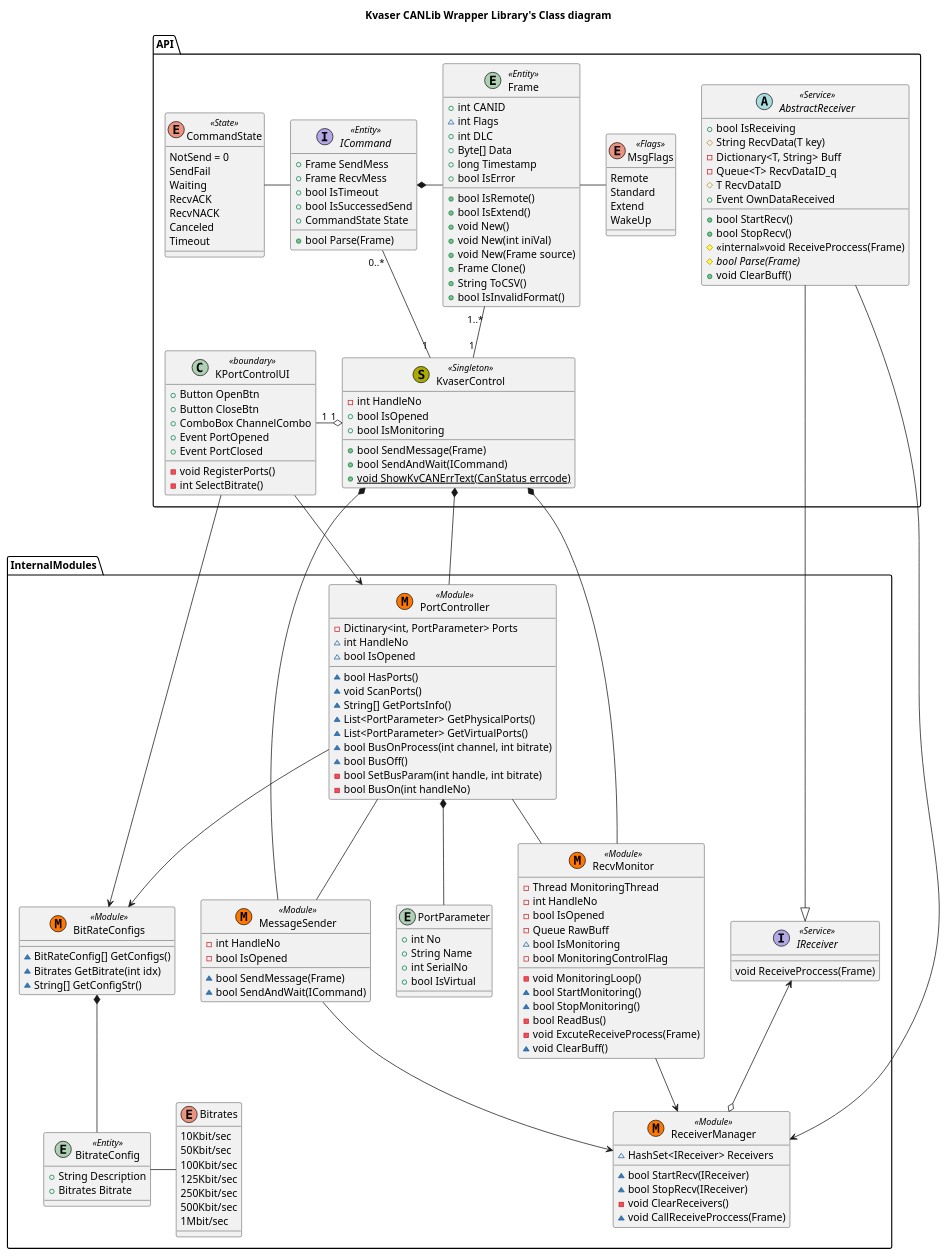
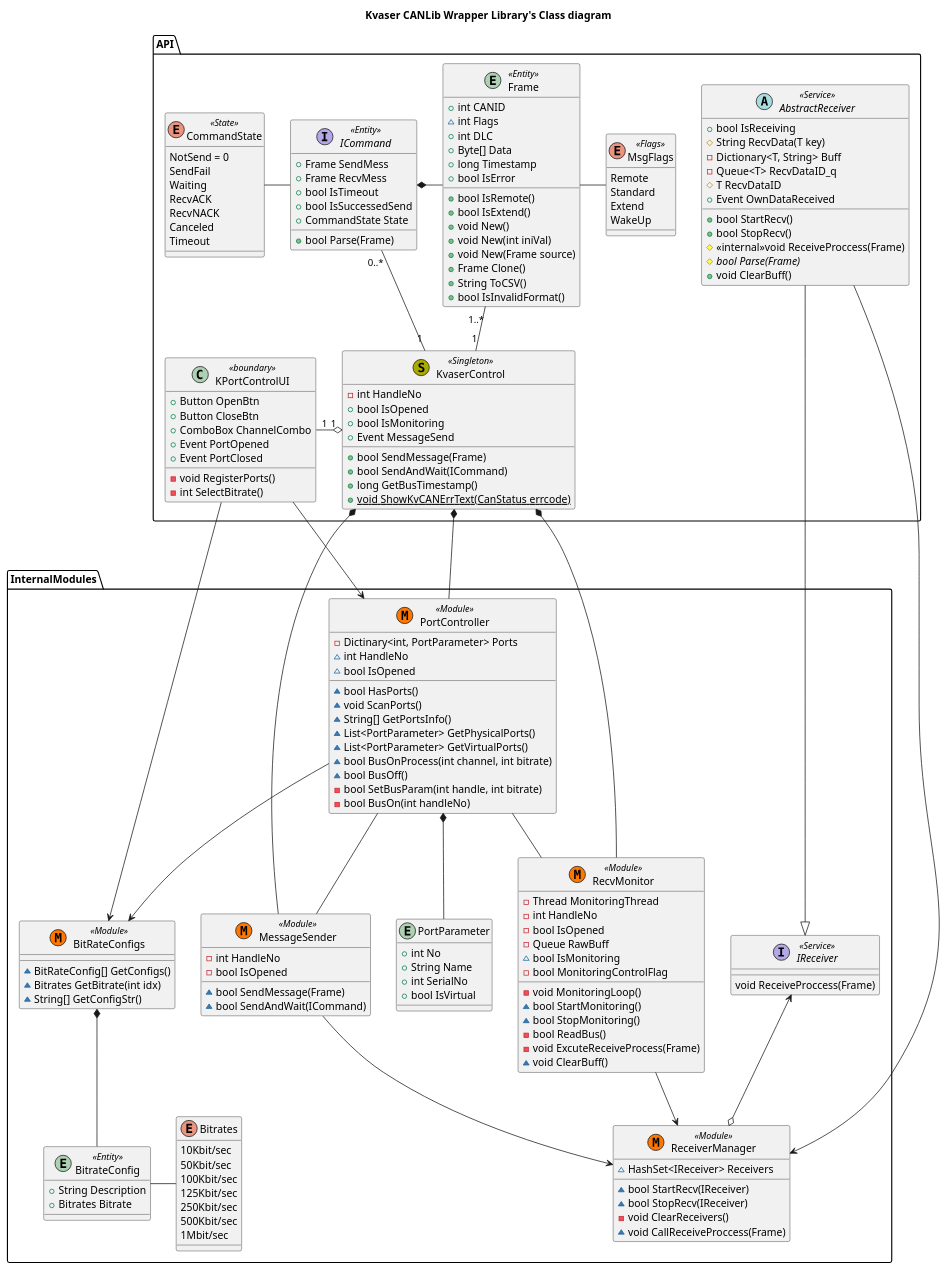
One commit to hiratashinnya/KvaserCANLib changed the diagram in docs/Class.wsd. Above: the diagram before and after it, drawn with PlantUML. The commit also changed 5 other files, not shown here.

```diff
--- a/docs/Class.wsd
+++ b/docs/Class.wsd
@@ -18,9 +18,11 @@
         -int HandleNo
         +bool IsOpened
         +bool IsMonitoring
+        +Event MessageSend
         
         +bool SendMessage(Frame)
         +bool SendAndWait(ICommand)
+        +long GetBusTimestamp()
         +{static}void ShowKvCANErrText(CanStatus errcode)
     }
 
```
